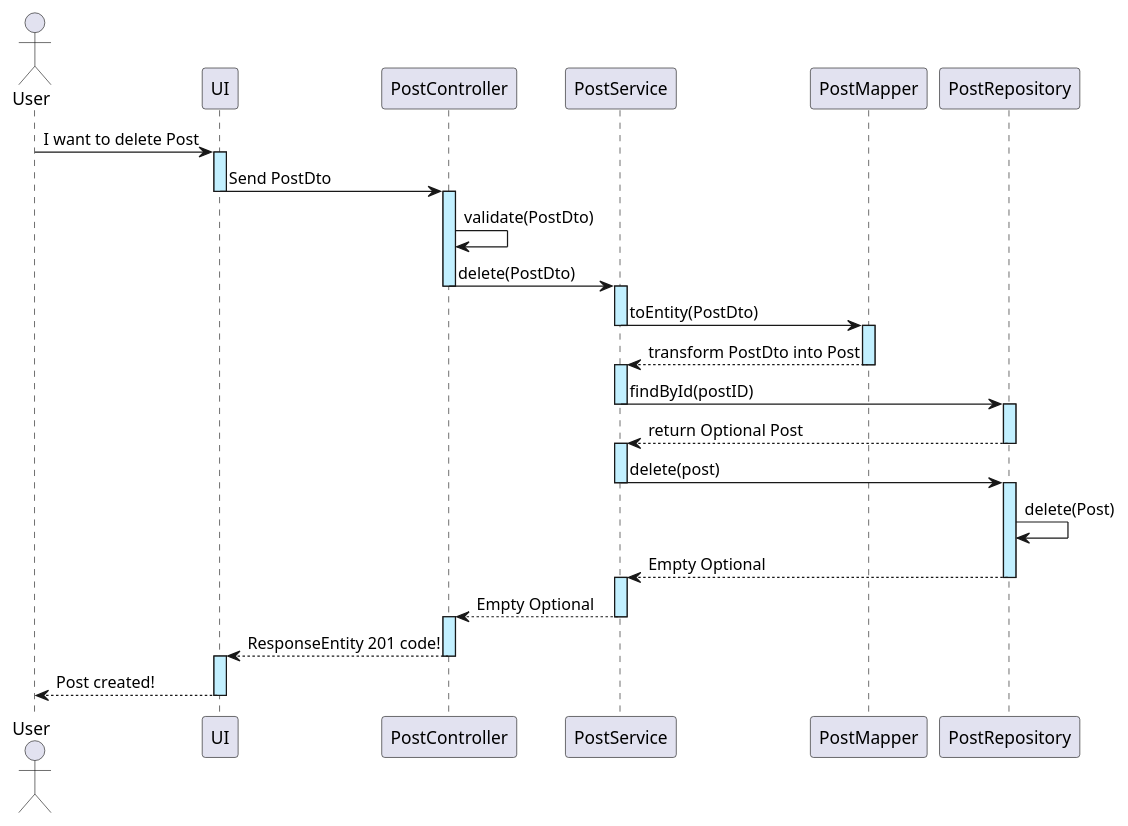
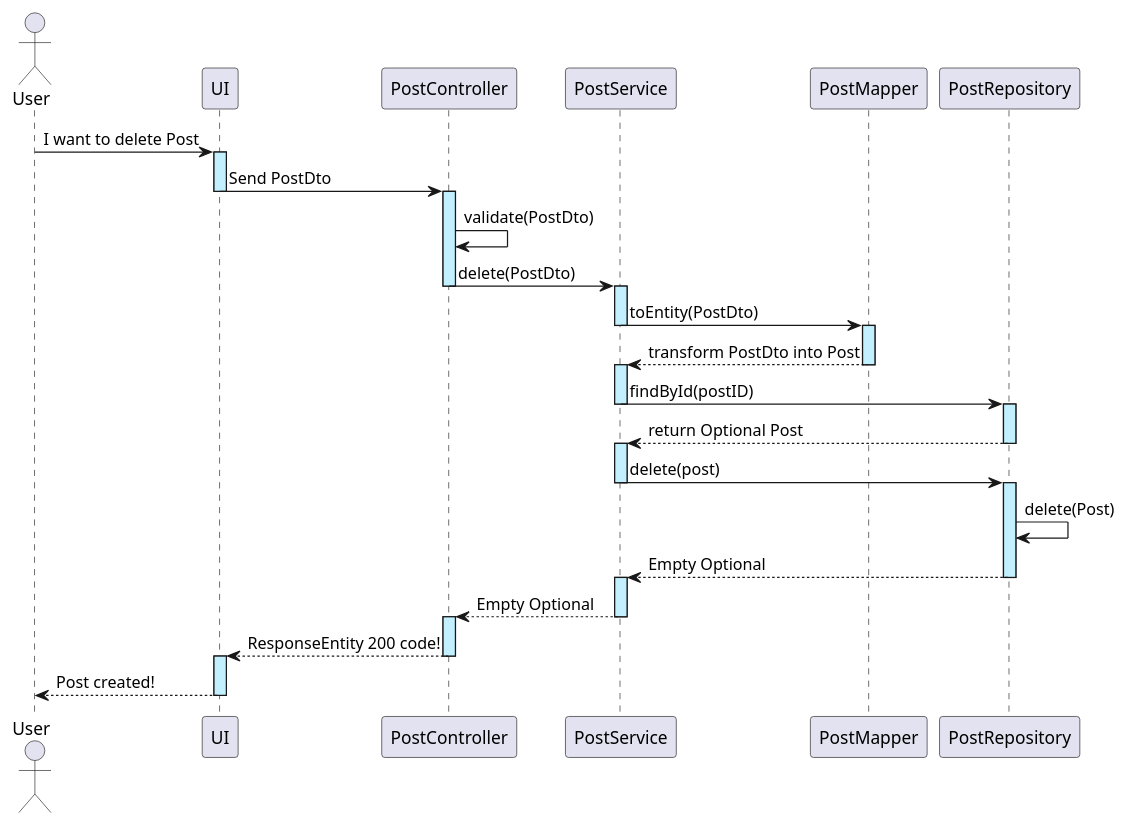
One commit to implaymo/Social-Media-Platform changed the diagram in Diagrams/US02/US_02_deletePost_SD.puml. Above: the diagram before and after it, drawn with PlantUML.

Commit message:
Change status of return after deliting post

```diff
--- a/Diagrams/US02/US_02_deletePost_SD.puml
+++ b/Diagrams/US02/US_02_deletePost_SD.puml
@@ -1,22 +1,22 @@
 @startuml
 
 
 actor User
 
 User -> UI ++ #application: I want to delete Post
 UI -> PostController --++ #application : Send PostDto
 PostController -> PostController #application: validate(PostDto)
 PostController -> PostService --++ #application: delete(PostDto)
 PostService -> PostMapper --++ #application: toEntity(PostDto)
 PostMapper --> PostService --++ #application: transform PostDto into Post
 PostService -> PostRepository --++ #application: findById(postID)
 PostRepository --> PostService --++ #application: return Optional Post
 PostService -> PostRepository --++ #application: delete(post)
 PostRepository -> PostRepository #application: delete(Post)
 PostRepository --> PostService --++ #application: Empty Optional
 PostService --> PostController --++ #application: Empty Optional
-PostController --> UI --++ #application: ResponseEntity 201 code!
+PostController --> UI --++ #application: ResponseEntity 200 code!
 UI --> User -- #application: Post created!
 
 
 @enduml
```
